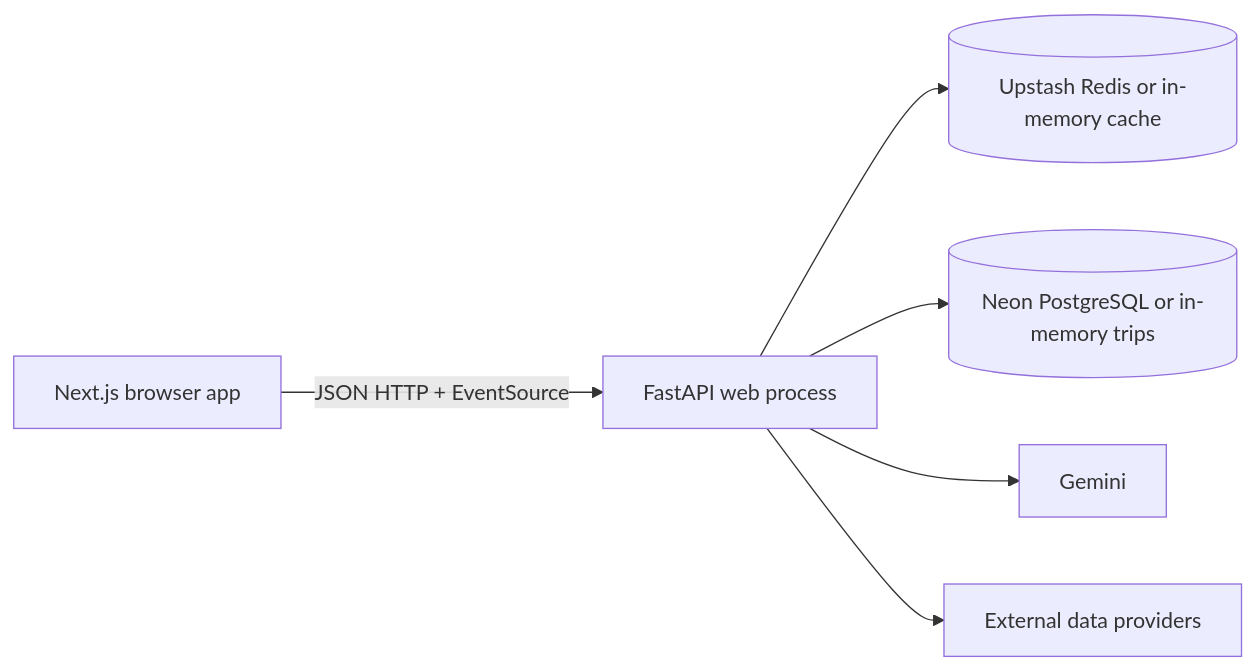
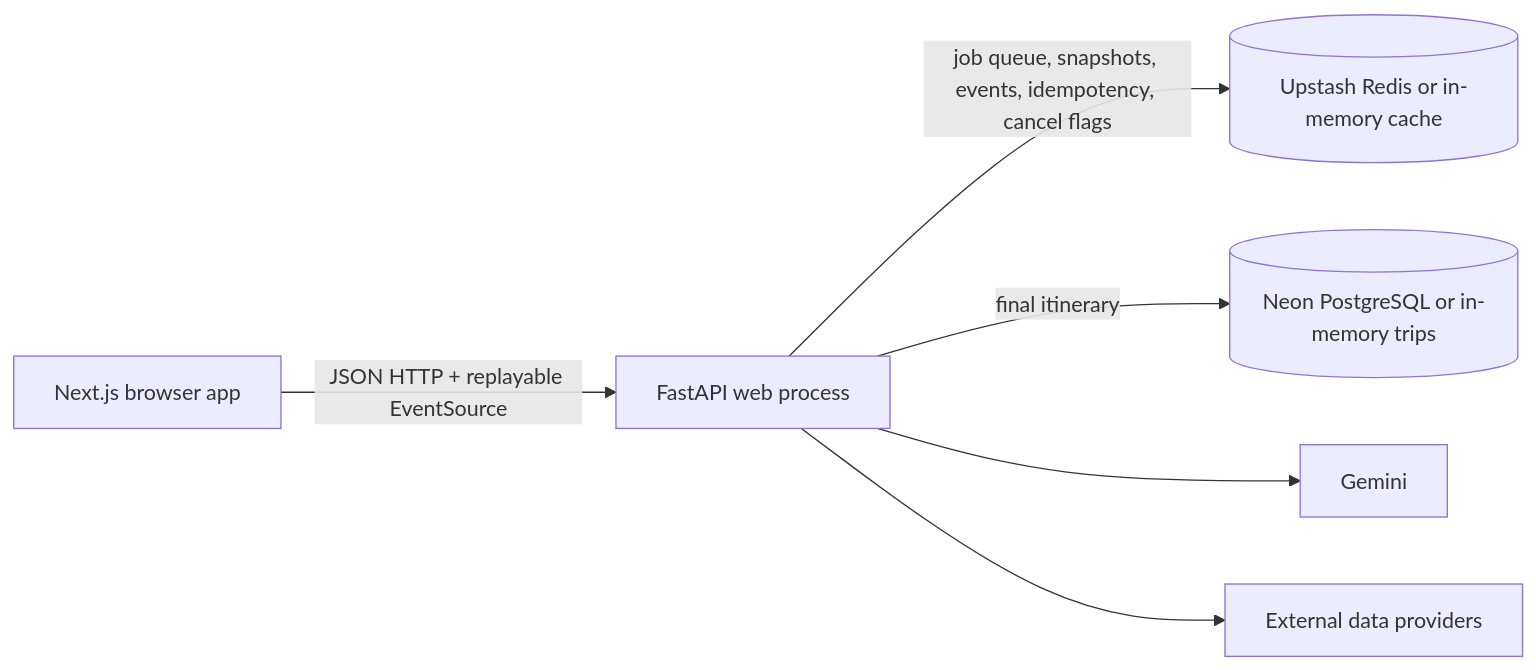
The diagram in docs/current-architecture.md (Bilal-03/ai-travel-planner-india), drawn with Mermaid before and after one commit. The commit also changed other lines of this file and 20 other files, not shown here.

````diff
--- a/docs/current-architecture.md
+++ b/docs/current-architecture.md
@@ -12,15 +12,15 @@
 ```mermaid
 flowchart LR
     Browser[Next.js browser app]
     API[FastAPI web process]
     Cache[(Upstash Redis or in-memory cache)]
     Store[(Neon PostgreSQL or in-memory trips)]
     Gemini[Gemini]
     Providers[External data providers]
 
-    Browser -->|JSON HTTP + EventSource| API
-    API --> Cache
-    API --> Store
+    Browser -->|JSON HTTP + replayable EventSource| API
+    API -->|job queue, snapshots, events, idempotency, cancel flags| Cache
+    API -->|final itinerary| Store
     API --> Gemini
     API --> Providers
 ```
````
